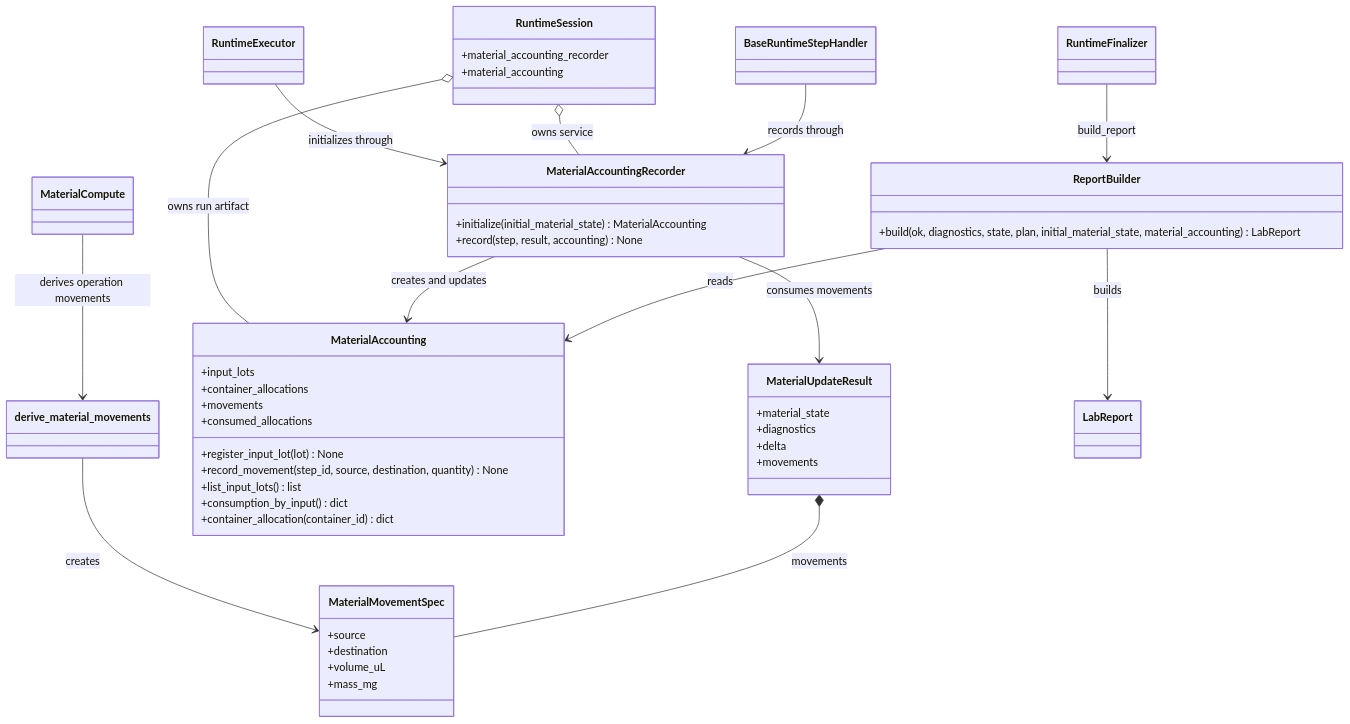
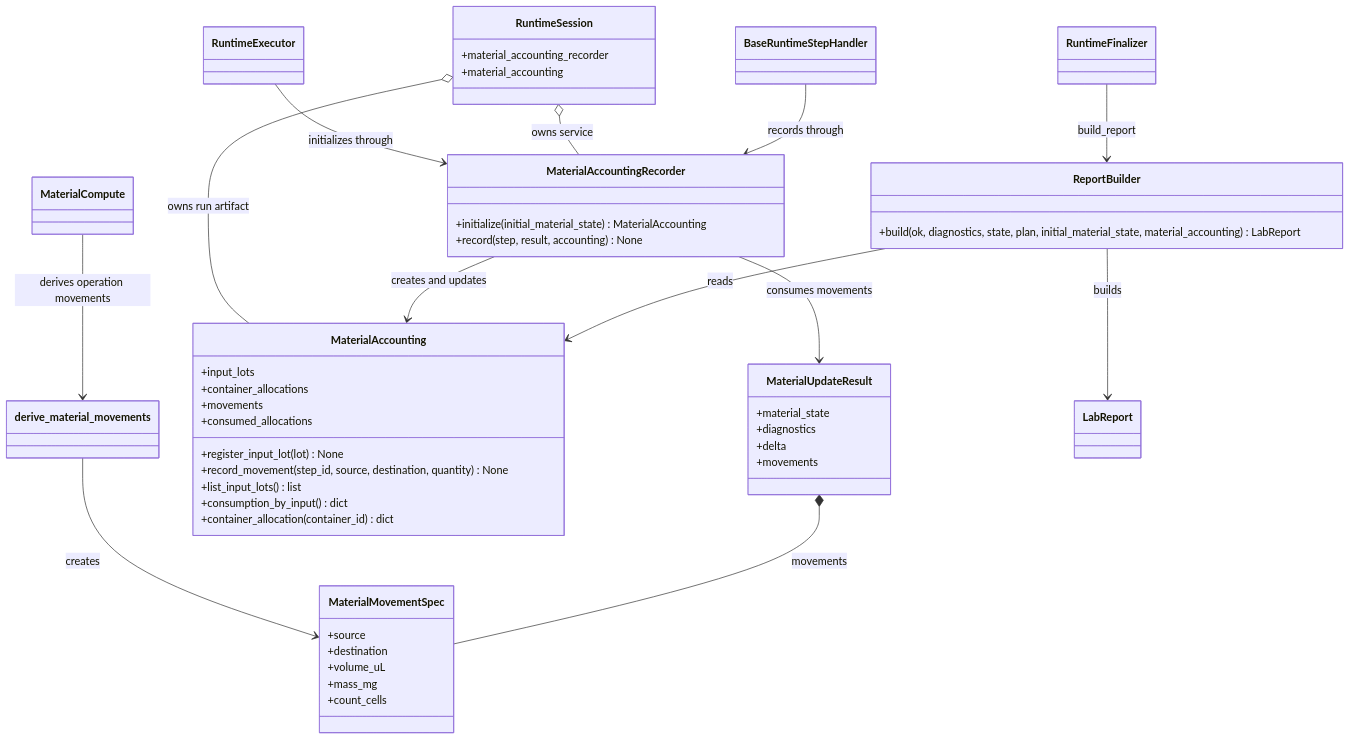
One commit to culsma/culsma changed the eighth of 11 diagrams in docs/architecture/runtime_module_diagrams.md. Above: the diagram before and after it, drawn with Mermaid. The commit also changed other lines of this file and 27 other files, not shown here.

````diff
--- a/docs/architecture/runtime_module_diagrams.md
+++ b/docs/architecture/runtime_module_diagrams.md
@@ -442,61 +450,62 @@
 ```mermaid
 classDiagram
     class MaterialAccountingRecorder {
         +initialize(initial_material_state) MaterialAccounting
         +record(step, result, accounting) None
     }
 
     class MaterialUpdateResult {
         +material_state
         +diagnostics
         +delta
         +movements
     }
 
     class MaterialMovementSpec {
         +source
         +destination
         +volume_uL
         +mass_mg
+        +count_cells
     }
 
     class MaterialAccounting {
         +input_lots
         +container_allocations
         +movements
         +consumed_allocations
         +register_input_lot(lot) None
         +record_movement(step_id, source, destination, quantity) None
         +list_input_lots() list
         +consumption_by_input() dict
         +container_allocation(container_id) dict
     }
 
     class ReportBuilder {
         +build(ok, diagnostics, state, plan, initial_material_state, material_accounting) LabReport
     }
 
     class RuntimeExecutor
     class RuntimeSession {
         +material_accounting_recorder
         +material_accounting
     }
     class BaseRuntimeStepHandler
     class MaterialCompute
     class derive_material_movements
     class RuntimeFinalizer
     class LabReport
 
     RuntimeExecutor --> MaterialAccountingRecorder : initializes through
     RuntimeSession o-- MaterialAccountingRecorder : owns service
     RuntimeSession o-- MaterialAccounting : owns run artifact
     BaseRuntimeStepHandler --> MaterialAccountingRecorder : records through
     MaterialCompute --> derive_material_movements : derives operation movements
     derive_material_movements --> MaterialMovementSpec : creates
     MaterialUpdateResult *-- MaterialMovementSpec : movements
     MaterialAccountingRecorder --> MaterialUpdateResult : consumes movements
     MaterialAccountingRecorder --> MaterialAccounting : creates and updates
     RuntimeFinalizer --> ReportBuilder : build_report
     ReportBuilder --> MaterialAccounting : reads
     ReportBuilder --> LabReport : builds
 ```
````
